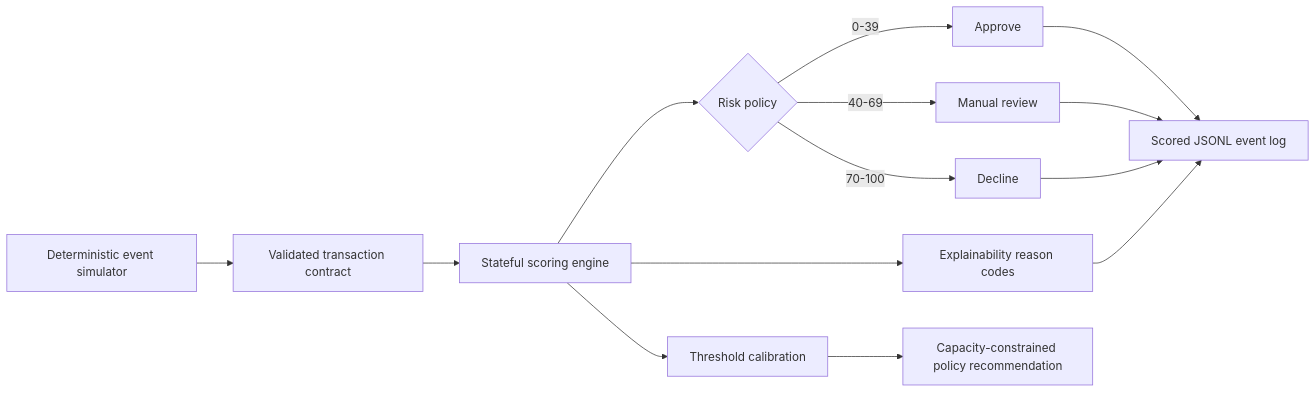
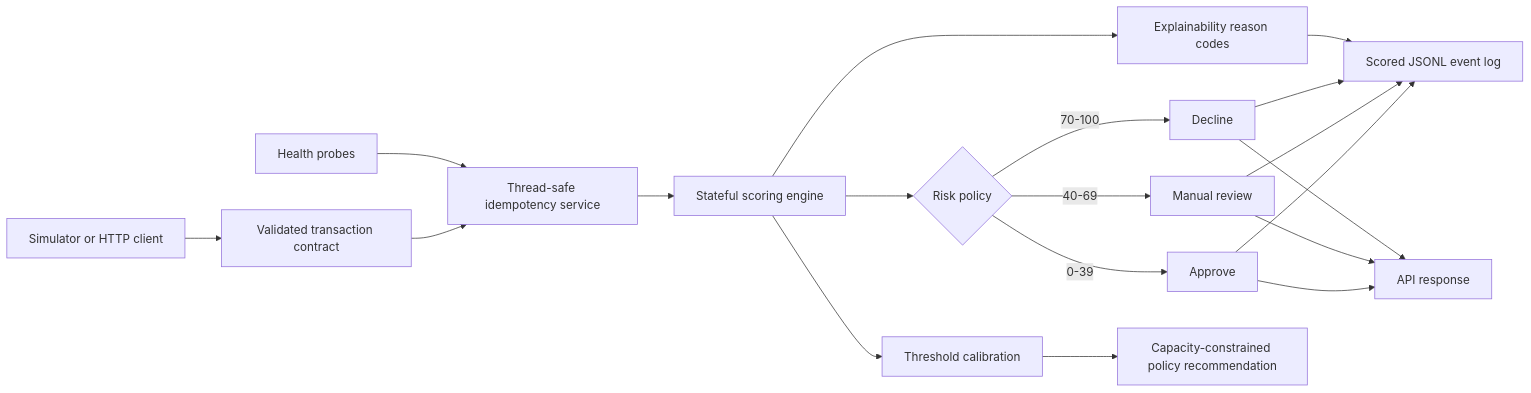
Before and after one commit to Siri20052003/FraudStream-360: the diagram in docs/architecture.md, drawn with Mermaid. The commit also changed other lines of this file and 8 other files, not shown here.

````diff
--- a/docs/architecture.md
+++ b/docs/architecture.md
@@ -3,13 +3,16 @@
 ```mermaid
 flowchart LR
-    A[Deterministic event simulator] --> B[Validated transaction contract]
-    B --> C[Stateful scoring engine]
+    A[Simulator or HTTP client] --> B[Validated transaction contract]
+    B --> L[Thread-safe idempotency service]
+    L --> C[Stateful scoring engine]
     C --> D{Risk policy}
     D -->|0-39| E[Approve]
     D -->|40-69| F[Manual review]
     D -->|70-100| G[Decline]
     C --> H[Explainability reason codes]
     E & F & G & H --> I[Scored JSONL event log]
     C --> J[Threshold calibration]
     J --> K[Capacity-constrained policy recommendation]
+    E & F & G --> M[API response]
+    N[Health probes] --> L
 ```
````
